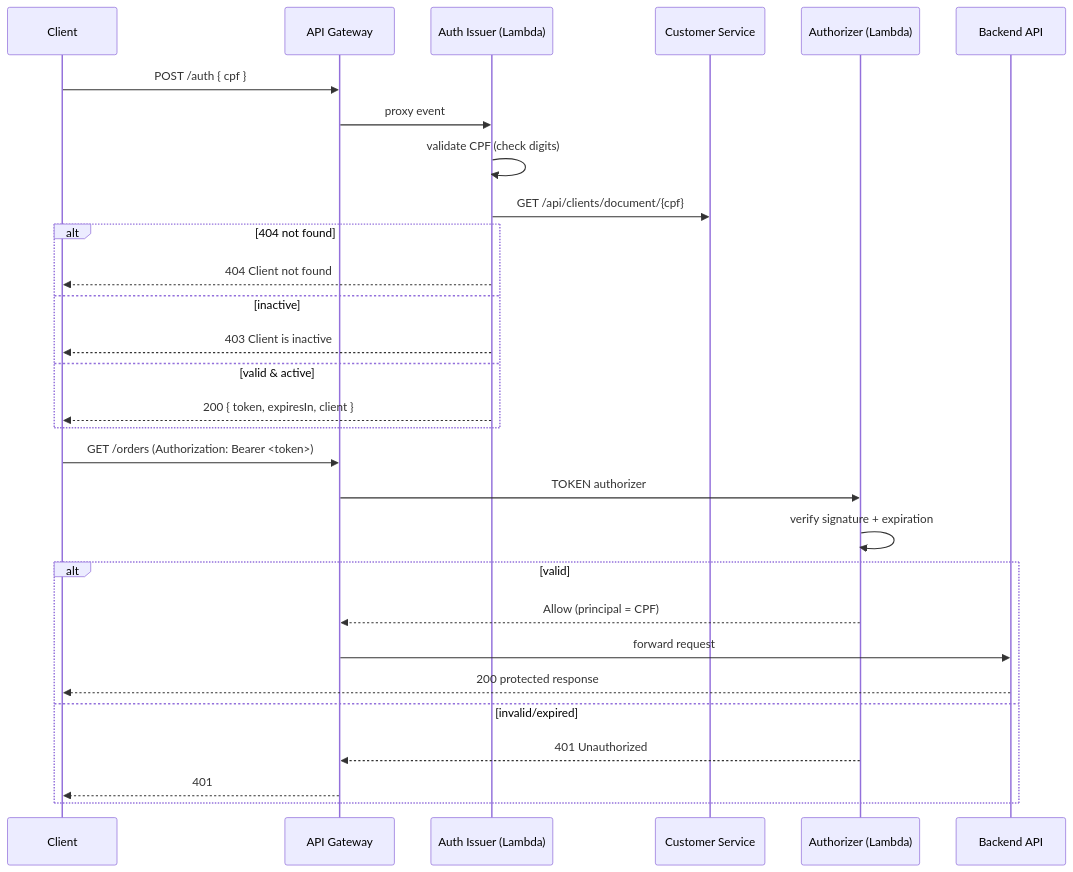
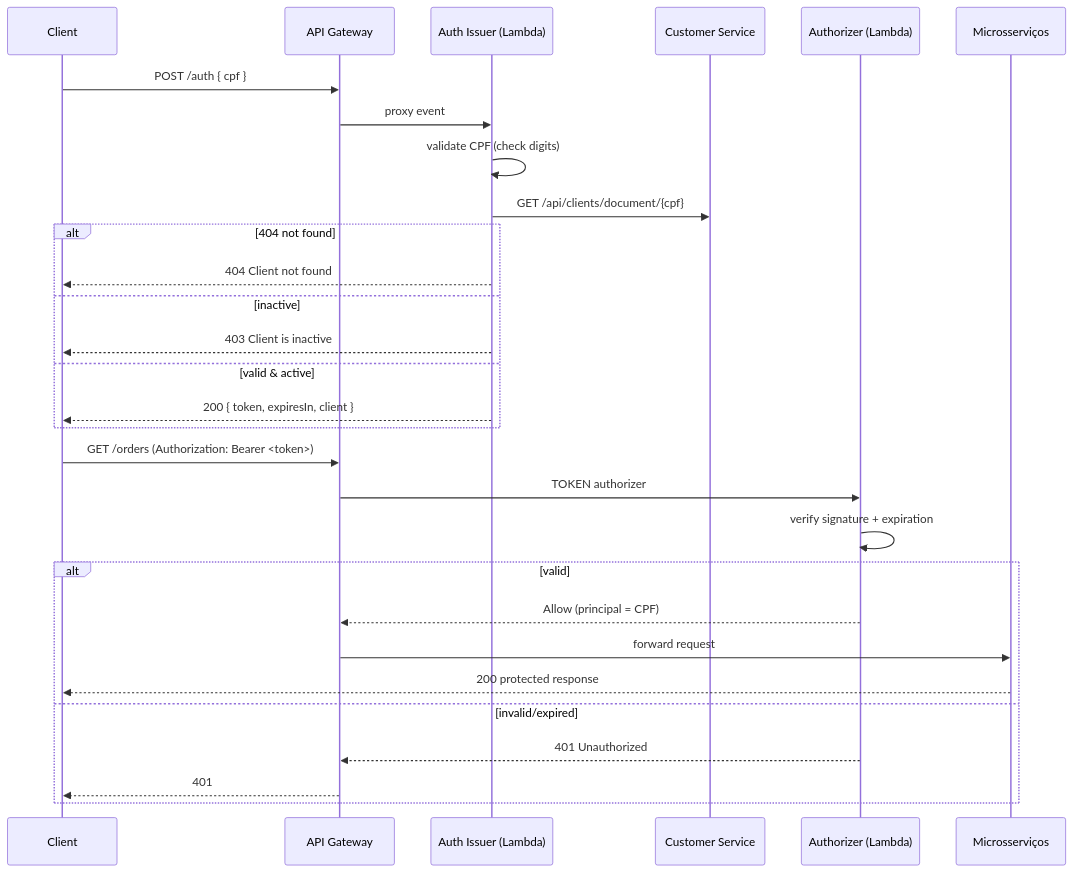
Before and after one commit to TechChalleng-FIAP-SOAT/workbench-lambda: the second of 2 diagrams in README.md, drawn with Mermaid. The commit also changed other lines of this file, not shown here.

Commit message:
docs: README alinhado à arquitetura de microsserviços (Fase 4)

````diff
--- a/README.md
+++ b/README.md
@@ -70,33 +80,33 @@
 ```mermaid
 sequenceDiagram
     participant C as Client
     participant G as API Gateway
     participant I as Auth Issuer (Lambda)
     participant D as Customer Service
     participant Z as Authorizer (Lambda)
-    participant B as Backend API
+    participant B as Microsserviços
 
     C->>G: POST /auth { cpf }
     G->>I: proxy event
     I->>I: validate CPF (check digits)
     I->>D: GET /api/clients/document/{cpf}
     alt 404 not found
         I-->>C: 404 Client not found
     else inactive
         I-->>C: 403 Client is inactive
     else valid & active
         I-->>C: 200 { token, expiresIn, client }
     end
 
     C->>G: GET /orders (Authorization: Bearer <token>)
     G->>Z: TOKEN authorizer
     Z->>Z: verify signature + expiration
     alt valid
         Z-->>G: Allow (principal = CPF)
         G->>B: forward request
         B-->>C: 200 protected response
     else invalid/expired
         Z-->>G: 401 Unauthorized
         G-->>C: 401
     end
 ```
````
